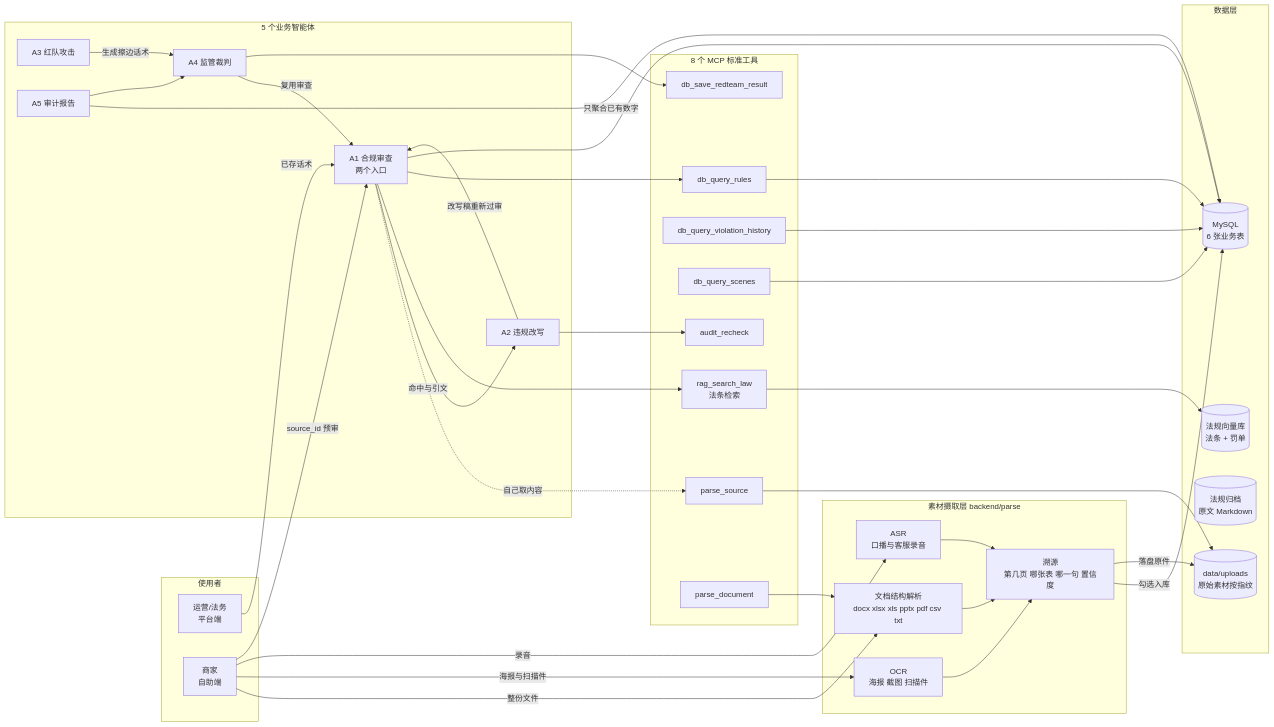
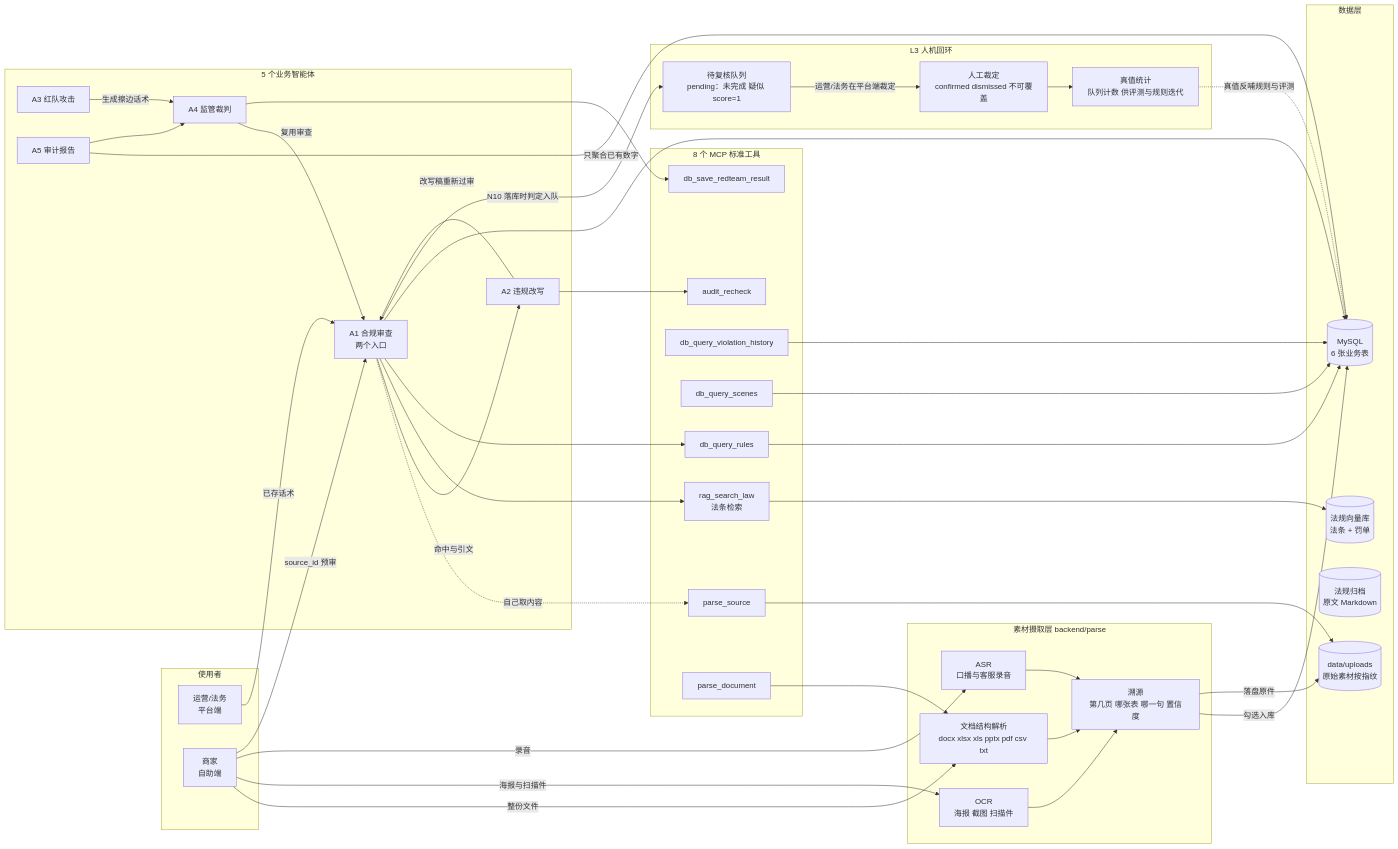
Before and after one commit to TS-DE/ComplianceGuard: the diagram in docs/flows/README.md, drawn with Mermaid. The commit also changed other lines of this file and 13 other files, not shown here.

First line of the commit message:
docs(flows): a1 重画对齐 D7 链路 + README 补 L3 人机回环 + 全部 PNG 重渲染

````diff
--- a/docs/flows/README.md
+++ b/docs/flows/README.md
@@ -11,69 +11,79 @@
 ```mermaid
 flowchart LR
     subgraph People["使用者"]
         U1[运营/法务<br/>平台端]
         U2[商家<br/>自助端]
     end
 
     subgraph Ingest["素材摄取层 backend/parse"]
         P1[文档结构解析<br/>docx xlsx xls pptx pdf csv txt]
         P2[OCR<br/>海报 截图 扫描件]
         P3[ASR<br/>口播与客服录音]
         P4[溯源<br/>第几页 哪张表 哪一句 置信度]
     end
 
     subgraph Agents["5 个业务智能体"]
         A1[A1 合规审查<br/>两个入口]
         A2[A2 违规改写]
         A3[A3 红队攻击]
         A4[A4 监管裁判]
         A5[A5 审计报告]
     end
 
     subgraph Tools["8 个 MCP 标准工具"]
         T1[rag_search_law<br/>法条检索]
         T2[db_query_rules]
         T3[db_query_violation_history]
         T4[db_query_scenes]
         T5[db_save_redteam_result]
         T6[audit_recheck]
         T7[parse_source]
         T8[parse_document]
     end
 
     subgraph Data["数据层"]
         D1[(MySQL<br/>6 张业务表)]
         D2[(法规向量库<br/>法条 + 罚单)]
         D3[(法规归档<br/>原文 Markdown)]
         D4[(data/uploads<br/>原始素材按指纹)]
     end
 
     U2 -->|整份文件| P1
     U2 -->|海报与扫描件| P2
     U2 -->|录音| P3
     P1 --> P4
     P2 --> P4
     P3 --> P4
     P4 -->|勾选入库| D1
     P4 -->|落盘原件| D4
     U1 -->|已存话术| A1
     U2 -->|source_id 预审| A1
     A1 -.->|自己取内容| T7
     T7 --> D4
     T8 --> P1
     A1 -->|命中与引文| A2
     A2 -->|改写稿重新过审| A1
     A1 --> T1
     A1 --> T2
     A2 --> T6
     A3 -->|生成擦边话术| A4
     A4 -->|复用审查| A1
     A4 --> T5
     A5 -->|只聚合已有数字| D1
     A5 --> A4
     T1 --> D2
     T2 --> D1
     T3 --> D1
     T4 --> D1
     A1 --> D1
+
+    subgraph Loop["L3 人机回环"]
+        Q[待复核队列<br/>pending：未完成 疑似 score=1]
+        V[人工裁定<br/>confirmed dismissed 不可覆盖]
+        G[真值统计<br/>队列计数 供评测与规则迭代]
+    end
+    A1 -->|N10 落库时判定入队| Q
+    Q -->|运营/法务在平台端裁定| V
+    V --> G
+    G -.->|真值反哺规则与评测| D1
 ```
````
